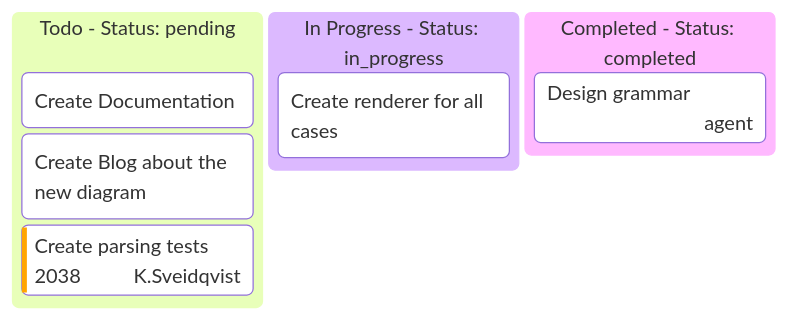
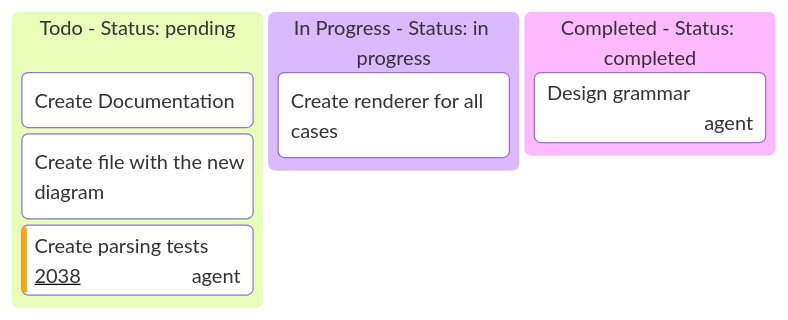
One commit to Cogni-AI-OU/cogni-ai-agent-skills changed the eighth of 9 diagrams in agent-log-analysis/SKILL.md. Above: the diagram before and after it, drawn with Mermaid. The commit also changed other lines of this file, not shown here.

Commit message:
Refactor Mermaid kanban diagram formatting
Reformatted the Mermaid kanban diagram section for clarity and consistency.

````diff
--- a/agent-log-analysis/SKILL.md
+++ b/agent-log-analysis/SKILL.md
@@ -257,11 +259,16 @@
 ```mermaid
+---
+config:
+  kanban:
+    ticketBaseUrl: 'https://github.com/{owner}/{repo}/issues/#TICKET#'
+---
 kanban
   Todo - Status: pending
     [Create Documentation]
-    docs[Create Blog about the new diagram]
-    id4[Create parsing tests]@{ ticket: 2038, assigned: 'K.Sveidqvist', priority: 'High' }
-  In Progress - Status: in_progress
+    docs[Create file with the new diagram]
+    id4[Create parsing tests]@{ ticket: 2038, assigned: 'agent', priority: 'High' }
+  In Progress - Status: in progress
     id6[Create renderer for all cases]
   Completed - Status: completed
     id8[Design grammar]@{ assigned: 'agent' }
 ```
````
